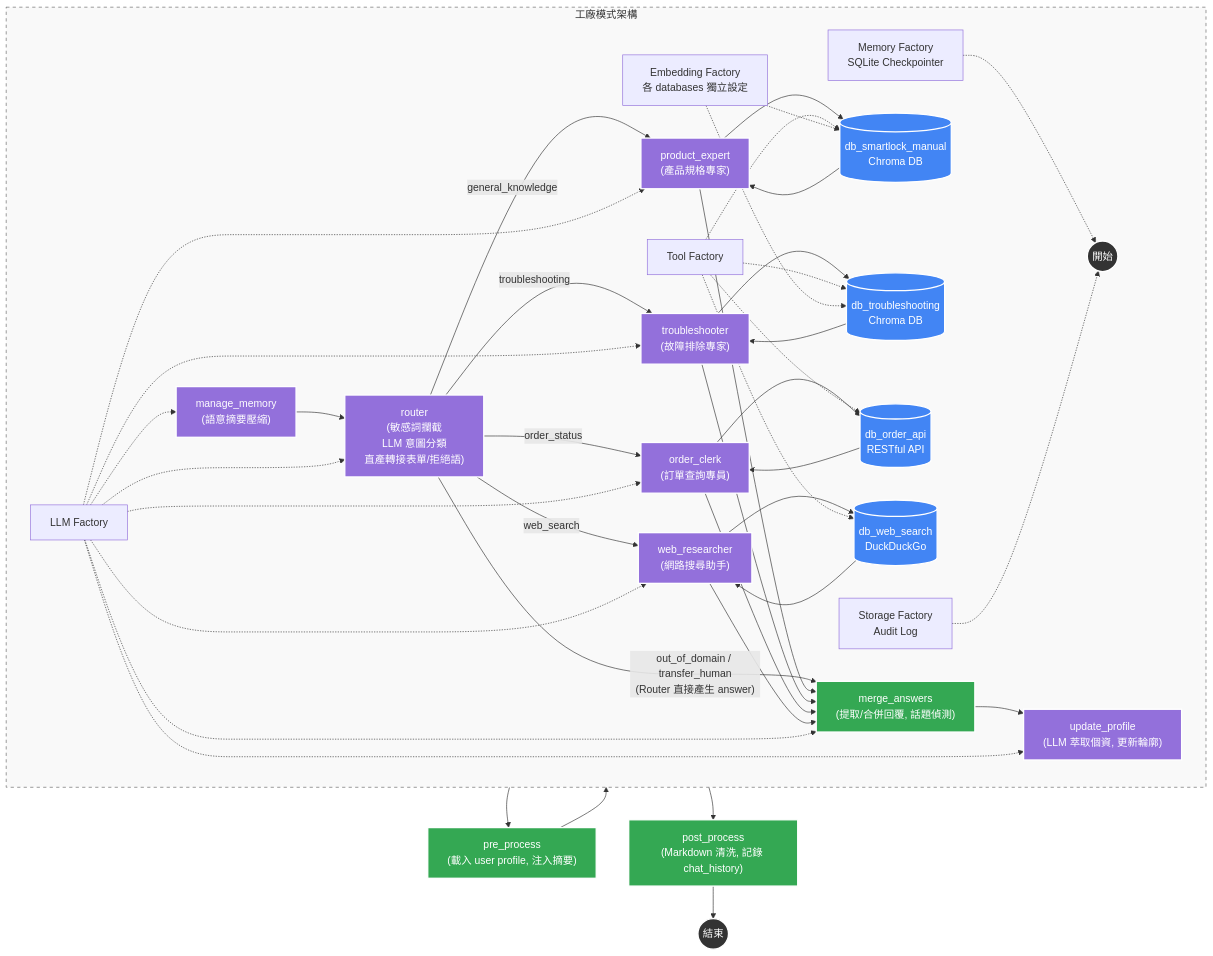
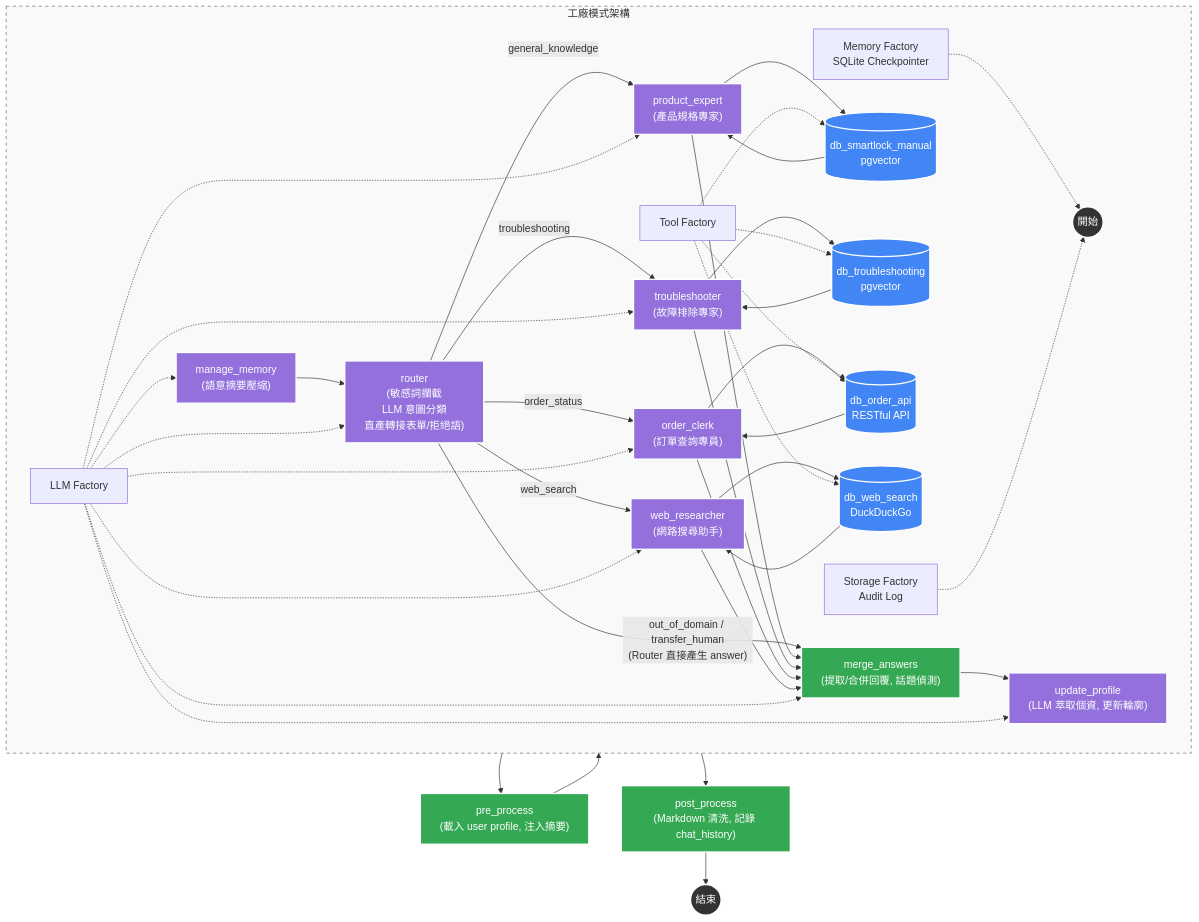
The first of 5 diagrams in docs/manuals/系統架構與流程圖.md (Imding1211/lock_AI_Agent), drawn with Mermaid before and after one commit. The commit also changed other lines of this file and 16 other files, not shown here.

First line of the commit message:
docs: 同步所有文檔，反映 pgvector 遷移與 Per-DB Embedding 現狀

````diff
--- a/docs/manuals/系統架構與流程圖.md
+++ b/docs/manuals/系統架構與流程圖.md
@@ -3,54 +3,53 @@
 ```mermaid
 graph TD
     %% 節點樣式定義
     classDef startEnd fill:#333,stroke:#fff,stroke-width:2px,color:#fff;
     classDef llmNode fill:#9370DB,stroke:#fff,stroke-width:2px,color:#fff;
     classDef decision fill:#ff9900,stroke:#333,stroke-width:2px;
     classDef dbNode fill:#4285f4,stroke:#fff,stroke-width:2px,color:#fff;
     classDef actionNode fill:#34a853,stroke:#fff,stroke-width:2px,color:#fff;
     classDef note fill:#f9f9f9,stroke:#666,stroke-dasharray: 5 5;
 
     %% 核心流程
     START((開始)):::startEnd --> pre_process["pre_process<br/>(載入 user profile, 注入摘要)"]:::actionNode
     pre_process --> manage_memory["manage_memory<br/>(語意摘要壓縮)"]:::llmNode
     manage_memory --> router["router<br/>(敏感詞攔截<br/>LLM 意圖分類<br/>直產轉接表單/拒絕語)"]:::llmNode
 
     %% 意圖分流（Send() fan-out，多意圖可平行派發）
     router -- "general_knowledge" --> PE["product_expert<br/>(產品規格專家)"]:::llmNode
     router -- "troubleshooting" --> TS["troubleshooter<br/>(故障排除專家)"]:::llmNode
     router -- "order_status" --> OC["order_clerk<br/>(訂單查詢專員)"]:::llmNode
     router -- "web_search" --> WR["web_researcher<br/>(網路搜尋助手)"]:::llmNode
     router -- "out_of_domain / transfer_human<br/>(Router 直接產生 answer)" --> merge_answers
 
     %% Agent 子圖（agent_llm ↔ tool_node 迴圈）
-    PE --> PE_TOOL[("db_smartlock_manual<br/>Chroma DB")]:::dbNode
-    TS --> TS_TOOL[("db_troubleshooting<br/>Chroma DB")]:::dbNode
+    PE --> PE_TOOL[("db_smartlock_manual<br/>pgvector")]:::dbNode
+    TS --> TS_TOOL[("db_troubleshooting<br/>pgvector")]:::dbNode
     OC --> OC_TOOL[("db_order_api<br/>RESTful API")]:::dbNode
     WR --> WR_TOOL[("db_web_search<br/>DuckDuckGo")]:::dbNode
 
     PE_TOOL --> PE
     TS_TOOL --> TS
     OC_TOOL --> OC
     WR_TOOL --> WR
 
     %% 匯流
     PE --> merge_answers["merge_answers<br/>(提取/合併回覆, 話題偵測)"]:::actionNode
     TS --> merge_answers
     OC --> merge_answers
     WR --> merge_answers
     merge_answers --> update_profile["update_profile<br/>(LLM 萃取個資, 更新輪廓)"]:::llmNode
     update_profile --> post_process["post_process<br/>(Markdown 清洗, 記錄 chat_history)"]:::actionNode
     post_process --> END((結束)):::startEnd
 
     %% 底層支援
     subgraph Support_Layer [工廠模式架構]
         direction LR
         f1[LLM Factory] -.-> manage_memory & router & PE & TS & OC & WR & merge_answers & update_profile
         f2[Memory Factory<br/>SQLite Checkpointer] -.-> START
         f3[Tool Factory] -.-> PE_TOOL & TS_TOOL & OC_TOOL & WR_TOOL
         f4[Storage Factory<br/>Audit Log] -.-> START
-        f5[Embedding Factory<br/>各 databases 獨立設定] -.-> PE_TOOL & TS_TOOL
     end
     class Support_Layer note
 
 ```
````
